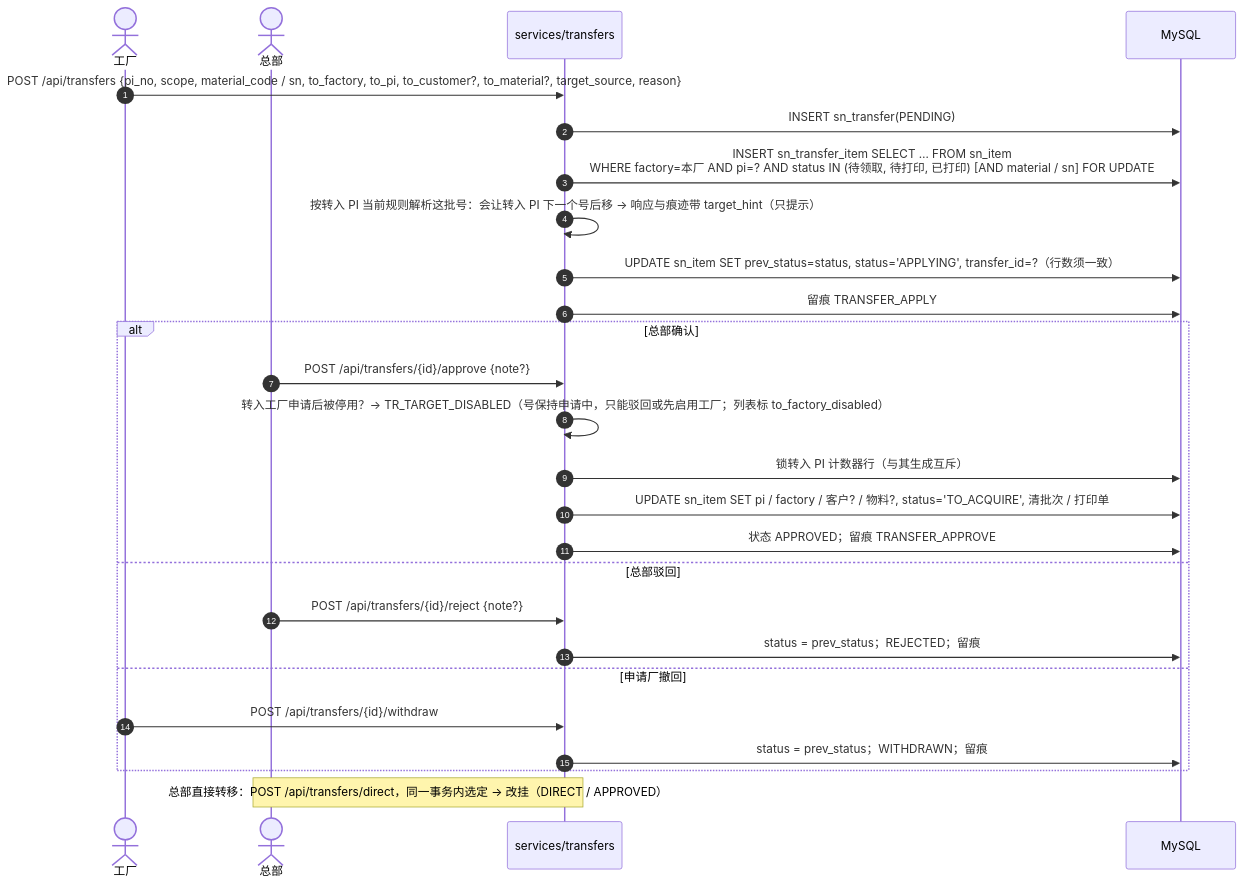
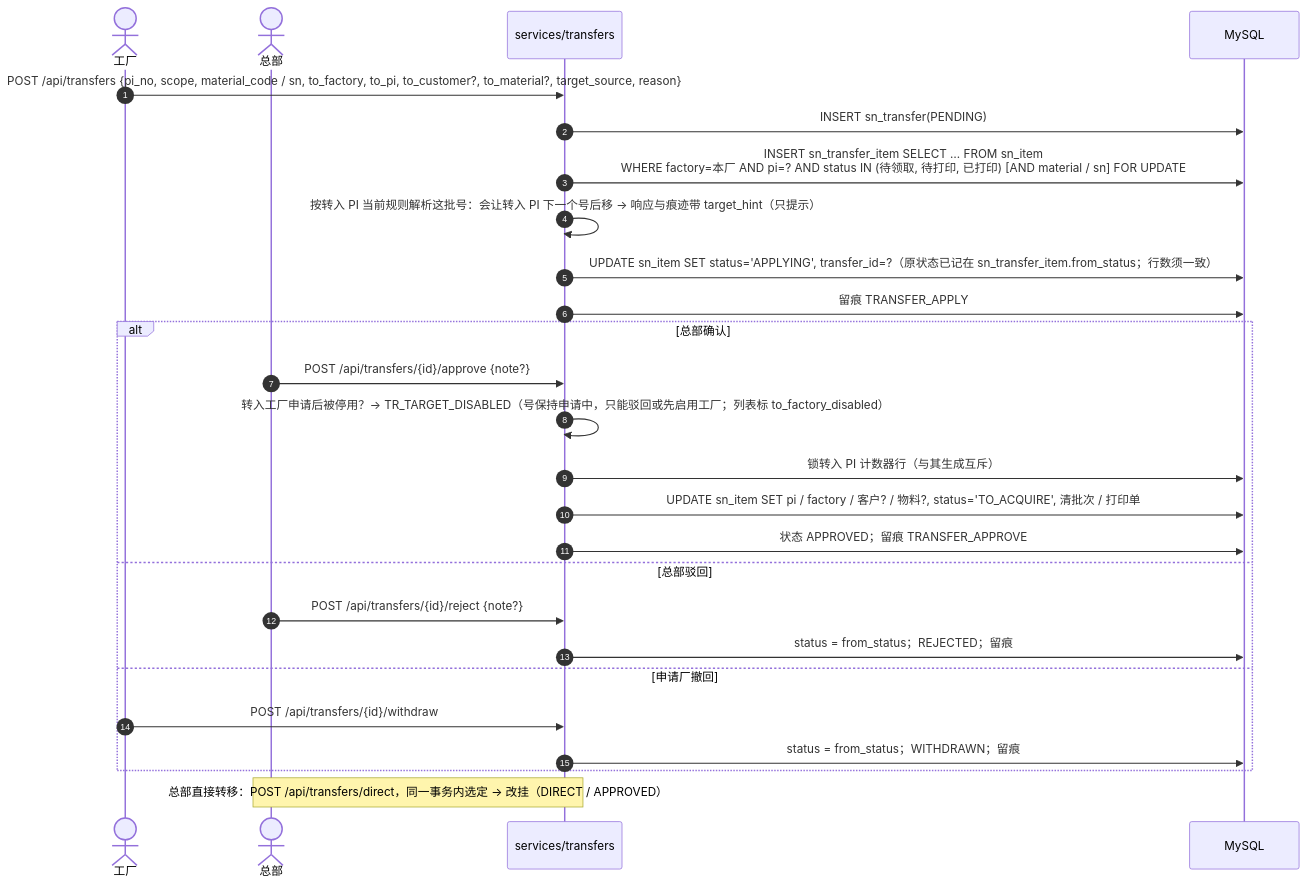
One commit to Createsnow/sn-center changed diagram 12 of 13 in docs/技术文档.md. Above: the diagram before and after it, drawn with Mermaid. The commit also changed other lines of this file and 28 other files, not shown here.

````diff
--- a/docs/技术文档.md
+++ b/docs/技术文档.md
@@ -417,28 +417,28 @@
 ```mermaid
 sequenceDiagram
     autonumber
     actor F as 工厂
     actor H as 总部
     participant T as services/transfers
     participant DB as MySQL
     F->>T: POST /api/transfers {pi_no, scope, material_code / sn, to_factory, to_pi, to_customer?, to_material?, target_source, reason}
     T->>DB: INSERT sn_transfer(PENDING)
     T->>DB: INSERT sn_transfer_item SELECT … FROM sn_item<br/>WHERE factory=本厂 AND pi=? AND status IN (待领取, 待打印, 已打印) [AND material / sn] FOR UPDATE
     T->>T: 按转入 PI 当前规则解析这批号：会让转入 PI 下一个号后移 → 响应与痕迹带 target_hint（只提示）
-    T->>DB: UPDATE sn_item SET prev_status=status, status='APPLYING', transfer_id=?（行数须一致）
+    T->>DB: UPDATE sn_item SET status='APPLYING', transfer_id=?（原状态已记在 sn_transfer_item.from_status；行数须一致）
     T->>DB: 留痕 TRANSFER_APPLY
     alt 总部确认
         H->>T: POST /api/transfers/{id}/approve {note?}
         T->>T: 转入工厂申请后被停用？→ TR_TARGET_DISABLED（号保持申请中，只能驳回或先启用工厂；列表标 to_factory_disabled）
         T->>DB: 锁转入 PI 计数器行（与其生成互斥）
         T->>DB: UPDATE sn_item SET pi / factory / 客户? / 物料?, status='TO_ACQUIRE', 清批次 / 打印单
         T->>DB: 状态 APPROVED；留痕 TRANSFER_APPROVE
     else 总部驳回
         H->>T: POST /api/transfers/{id}/reject {note?}
-        T->>DB: status = prev_status；REJECTED；留痕
+        T->>DB: status = from_status；REJECTED；留痕
     else 申请厂撤回
         F->>T: POST /api/transfers/{id}/withdraw
-        T->>DB: status = prev_status；WITHDRAWN；留痕
+        T->>DB: status = from_status；WITHDRAWN；留痕
     end
     Note over H,T: 总部直接转移：POST /api/transfers/direct，同一事务内选定 → 改挂（DIRECT / APPROVED）
 ```
````
